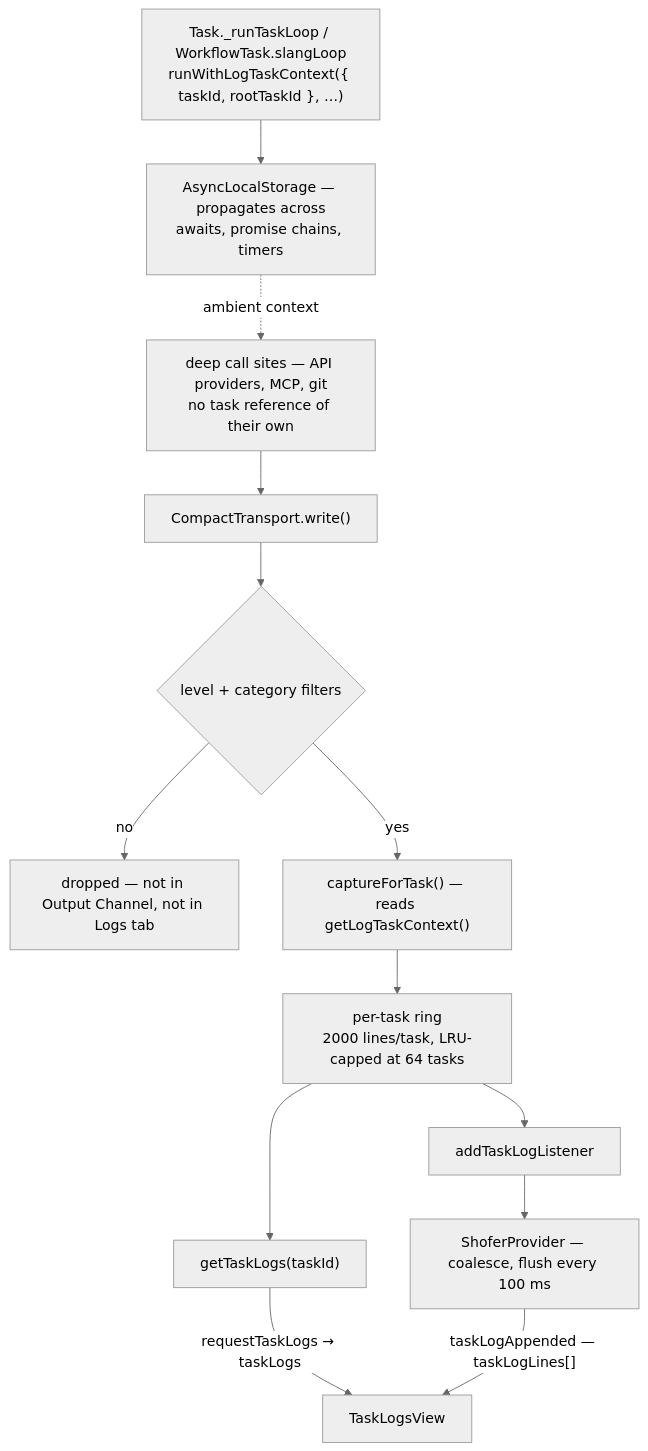
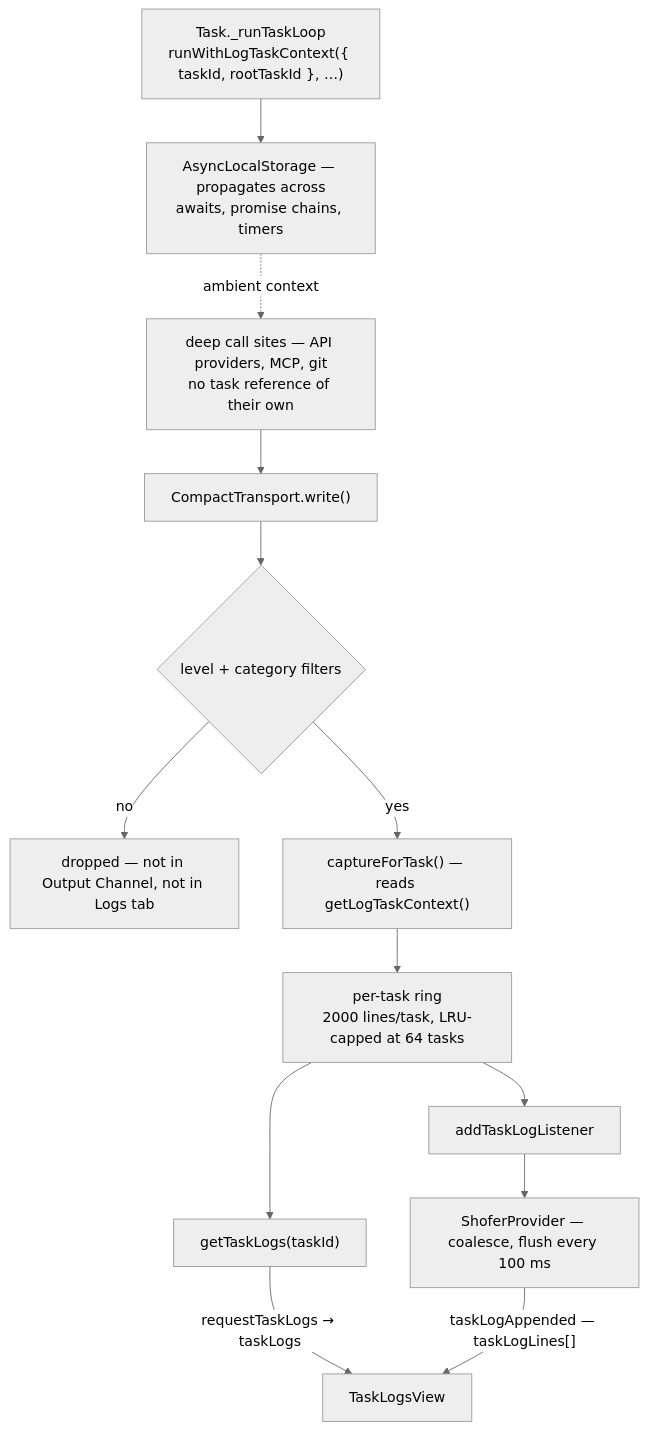
The second of 2 diagrams in docs/logging.md (shofer-dev/shofer), drawn with Mermaid (neutral theme) before and after one commit. The commit also changed other lines of this file and 185 other files, not shown here.

````diff
--- a/docs/logging.md
+++ b/docs/logging.md
@@ -205,25 +203,25 @@
 ```mermaid
 flowchart TD
-    LOOP["Task._runTaskLoop / WorkflowTask.slangLoop<br/>runWithLogTaskContext({ taskId, rootTaskId }, …)"]
+    LOOP["Task._runTaskLoop<br/>runWithLogTaskContext({ taskId, rootTaskId }, …)"]
     ALS["AsyncLocalStorage — propagates across<br/>awaits, promise chains, timers"]
     SITE["deep call sites — API providers, MCP, git<br/>no task reference of their own"]
     CT["CompactTransport.write()"]
     FILT{"level + category filters"}
     DROP["dropped — not in Output Channel, not in Logs tab"]
     CAP["captureForTask() — reads getLogTaskContext()"]
     RING["per-task ring<br/>2000 lines/task, LRU-capped at 64 tasks"]
     SNAP["getTaskLogs(taskId)"]
     LIVE["addTaskLogListener"]
     PROV["ShoferProvider — coalesce, flush every 100 ms"]
     VIEW["TaskLogsView"]
 
     LOOP --> ALS
     ALS -.->|"ambient context"| SITE
     SITE --> CT --> FILT
     FILT -->|no| DROP
     FILT -->|yes| CAP --> RING
     RING --> SNAP
     RING --> LIVE --> PROV
     SNAP -->|"requestTaskLogs → taskLogs"| VIEW
     PROV -->|"taskLogAppended — taskLogLines[]"| VIEW
 ```
````
